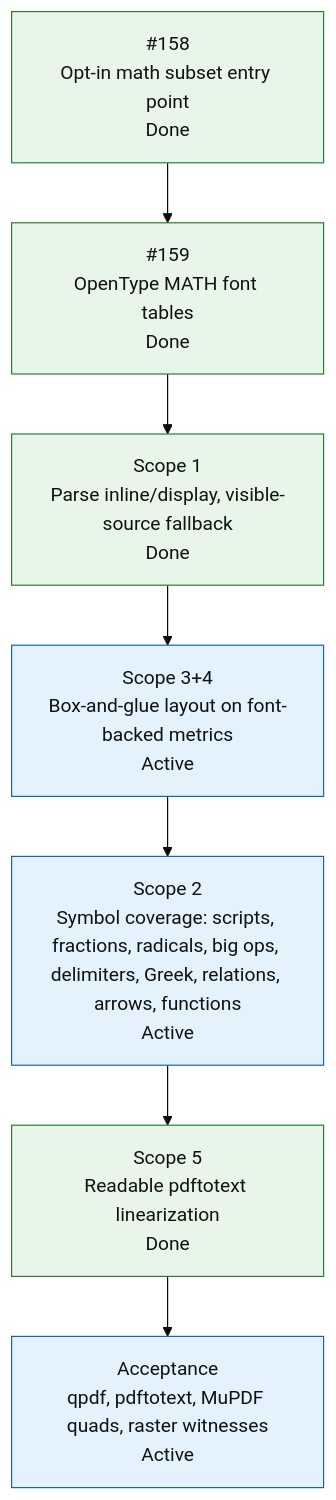
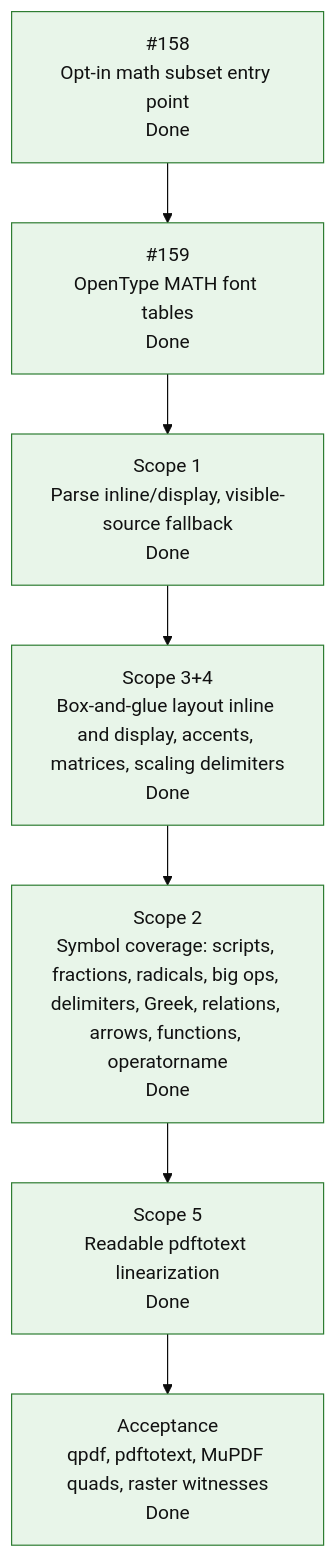
One commit to mihaelamj/MarkdownPDF changed the fourth of 5 diagrams in README.md. Above: the diagram before and after it, drawn with Mermaid (base theme). The commit also changed other lines of this file and 1 other file, not shown here.

First line of the commit message:
docs: refresh math roadmap, README features, and CHANGELOG

````diff
--- a/README.md
+++ b/README.md
@@ -539,20 +543,19 @@
 ```mermaid
 flowchart TD
     M0["#158<br/>Opt-in math subset entry point<br/>Done"]
     M1["#159<br/>OpenType MATH font tables<br/>Done"]
     M2["Scope 1<br/>Parse inline/display, visible-source fallback<br/>Done"]
-    M3["Scope 3+4<br/>Box-and-glue layout on font-backed metrics<br/>Active"]
-    M4["Scope 2<br/>Symbol coverage: scripts, fractions, radicals, big ops, delimiters, Greek, relations, arrows, functions<br/>Active"]
+    M3["Scope 3+4<br/>Box-and-glue layout inline and display, accents, matrices, scaling delimiters<br/>Done"]
+    M4["Scope 2<br/>Symbol coverage: scripts, fractions, radicals, big ops, delimiters, Greek, relations, arrows, functions, operatorname<br/>Done"]
     M5["Scope 5<br/>Readable pdftotext linearization<br/>Done"]
-    M6["Acceptance<br/>qpdf, pdftotext, MuPDF quads, raster witnesses<br/>Active"]
+    M6["Acceptance<br/>qpdf, pdftotext, MuPDF quads, raster witnesses<br/>Done"]
 
     M0 --> M1 --> M2 --> M3 --> M4 --> M5 --> M6
 
     classDef done fill:#e8f5e9,stroke:#2e7d32,color:#111;
     classDef active fill:#e3f2fd,stroke:#1565c0,color:#111;
     classDef review fill:#f3e5f5,stroke:#7b1fa2,color:#111;
     classDef next fill:#fff8e1,stroke:#f9a825,color:#111;
     classDef todo fill:#eef3ff,stroke:#3367d6,color:#111;
-    class M0,M1,M2,M5 done;
-    class M3,M4,M6 active;
+    class M0,M1,M2,M3,M4,M5,M6 done;
 ```
````
